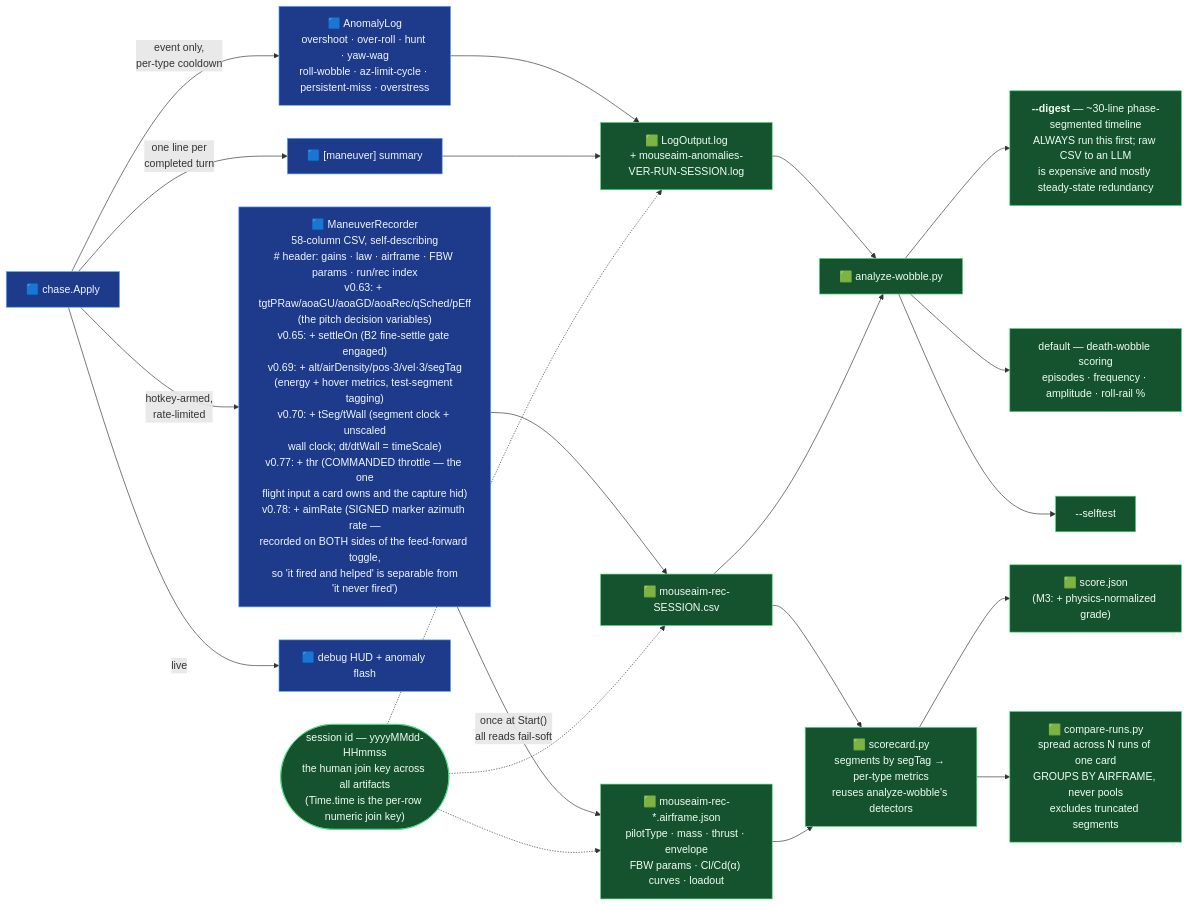
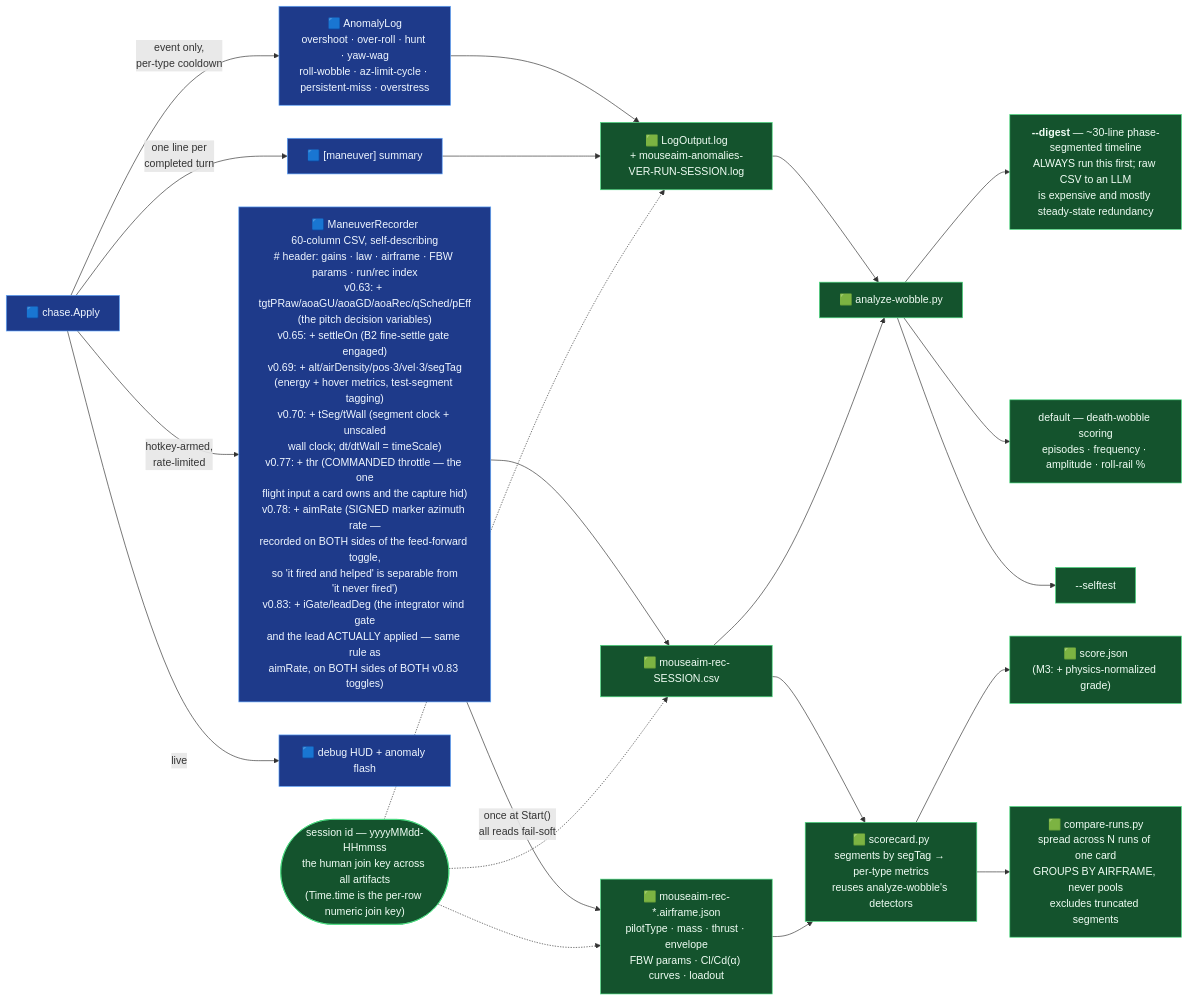
The sixth of 8 diagrams in ARCHITECTURE.md (cosistra/wt-mouse-aim), drawn with Mermaid before and after one commit. The commit also changed other lines of this file and 7 other files, not shown here.

First line of the commit message:
v0.83.0 — relative-rate turn lead + stall-gated pitch integrator

````diff
--- a/ARCHITECTURE.md
+++ b/ARCHITECTURE.md
@@ -424,34 +424,34 @@
 ```mermaid
 flowchart LR
     chase["🟦 chase.Apply"]
 
     chase -->|"event only,<br/>per-type cooldown"| an["🟦 AnomalyLog<br/>overshoot · over-roll · hunt · yaw-wag<br/>roll-wobble · az-limit-cycle · persistent-miss · overstress"]
     chase -->|"one line per<br/>completed turn"| mv["🟦 [maneuver] summary"]
-    chase -->|"hotkey-armed,<br/>rate-limited"| rec["🟦 ManeuverRecorder<br/>58-column CSV, self-describing<br/># header: gains · law · airframe · FBW params · run/rec index<br/>v0.63: + tgtPRaw/aoaGU/aoaGD/aoaRec/qSched/pEff<br/>(the pitch decision variables)<br/>v0.65: + settleOn (B2 fine-settle gate engaged)<br/>v0.69: + alt/airDensity/pos·3/vel·3/segTag<br/>(energy + hover metrics, test-segment tagging)<br/>v0.70: + tSeg/tWall (segment clock + unscaled<br/>wall clock; dt/dtWall = timeScale)<br/>v0.77: + thr (COMMANDED throttle — the one<br/>flight input a card owns and the capture hid)<br/>v0.78: + aimRate (SIGNED marker azimuth rate —<br/>recorded on BOTH sides of the feed-forward toggle,<br/>so 'it fired and helped' is separable from<br/>'it never fired')"]
+    chase -->|"hotkey-armed,<br/>rate-limited"| rec["🟦 ManeuverRecorder<br/>60-column CSV, self-describing<br/># header: gains · law · airframe · FBW params · run/rec index<br/>v0.63: + tgtPRaw/aoaGU/aoaGD/aoaRec/qSched/pEff<br/>(the pitch decision variables)<br/>v0.65: + settleOn (B2 fine-settle gate engaged)<br/>v0.69: + alt/airDensity/pos·3/vel·3/segTag<br/>(energy + hover metrics, test-segment tagging)<br/>v0.70: + tSeg/tWall (segment clock + unscaled<br/>wall clock; dt/dtWall = timeScale)<br/>v0.77: + thr (COMMANDED throttle — the one<br/>flight input a card owns and the capture hid)<br/>v0.78: + aimRate (SIGNED marker azimuth rate —<br/>recorded on BOTH sides of the feed-forward toggle,<br/>so 'it fired and helped' is separable from<br/>'it never fired')<br/>v0.83: + iGate/leadDeg (the integrator wind gate<br/>and the lead ACTUALLY applied — same rule as<br/>aimRate, on BOTH sides of BOTH v0.83 toggles)"]
     chase -->|"live"| hud["🟦 debug HUD + anomaly flash"]
 
     an --> logf["🟩 LogOutput.log<br/>+ mouseaim-anomalies-VER-RUN-SESSION.log"]
     mv --> logf
     rec --> csvf["🟩 mouseaim-rec-SESSION.csv"]
     rec -->|"once at Start()<br/>all reads fail-soft"| sidef["🟩 mouseaim-rec-*.airframe.json<br/>pilotType · mass · thrust · envelope<br/>FBW params · Cl/Cd(α) curves · loadout"]
 
     logf --> tool["🟩 analyze-wobble.py"]
     csvf --> tool
     csvf --> sc["🟩 scorecard.py<br/>segments by segTag → per-type metrics<br/>reuses analyze-wobble's detectors"]
     sidef --> sc
     sc --> scj["🟩 score.json<br/>(M3: + physics-normalized grade)"]
     sc --> cmp["🟩 compare-runs.py<br/>spread across N runs of one card<br/>GROUPS BY AIRFRAME, never pools<br/>excludes truncated segments"]
     tool --> d1["<b>--digest</b> — ~30-line phase-segmented timeline<br/>ALWAYS run this first; raw CSV to an LLM<br/>is expensive and mostly steady-state redundancy"]
     tool --> d2["default — death-wobble scoring<br/>episodes · frequency · amplitude · roll-rail %"]
     tool --> d3["--selftest"]
 
     sess(["session id — yyyyMMdd-HHmmss<br/>the human join key across all artifacts<br/>(Time.time is the per-row numeric join key)"])
     sess -.-> logf
     sess -.-> csvf
     sess -.-> sidef
 
     classDef mod fill:#1e3a8a,stroke:#60a5fa,color:#eff6ff
     classDef art fill:#14532d,stroke:#4ade80,color:#f0fdf4
     class chase,an,mv,rec,hud mod
     class logf,csvf,sidef,tool,sc,scj,cmp,d1,d2,d3,sess art
 ```
````
